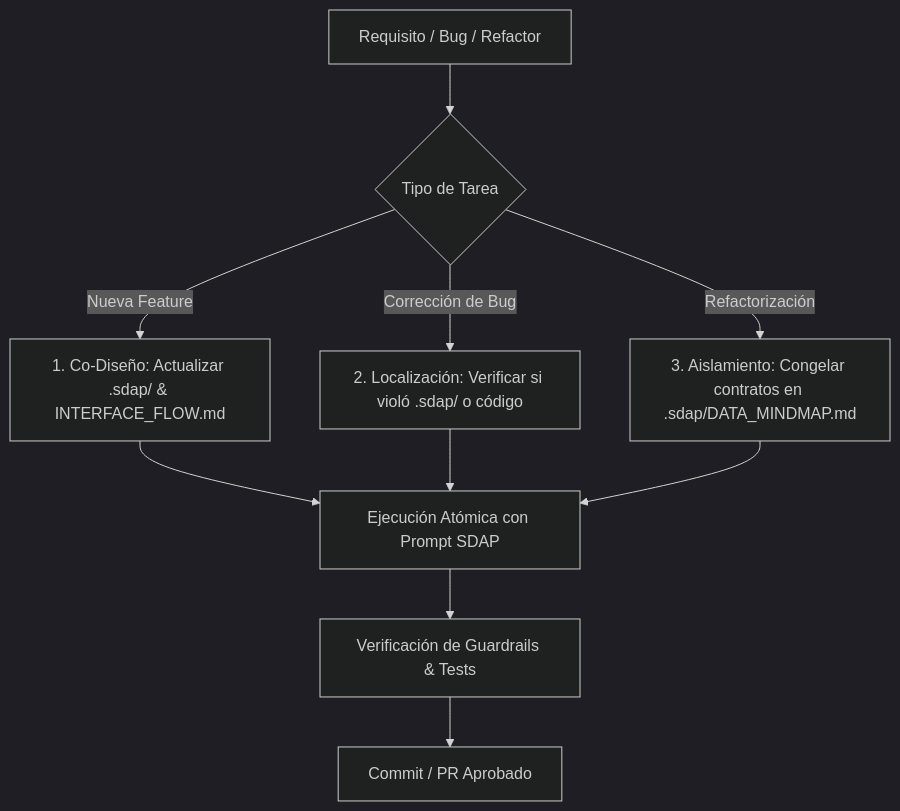
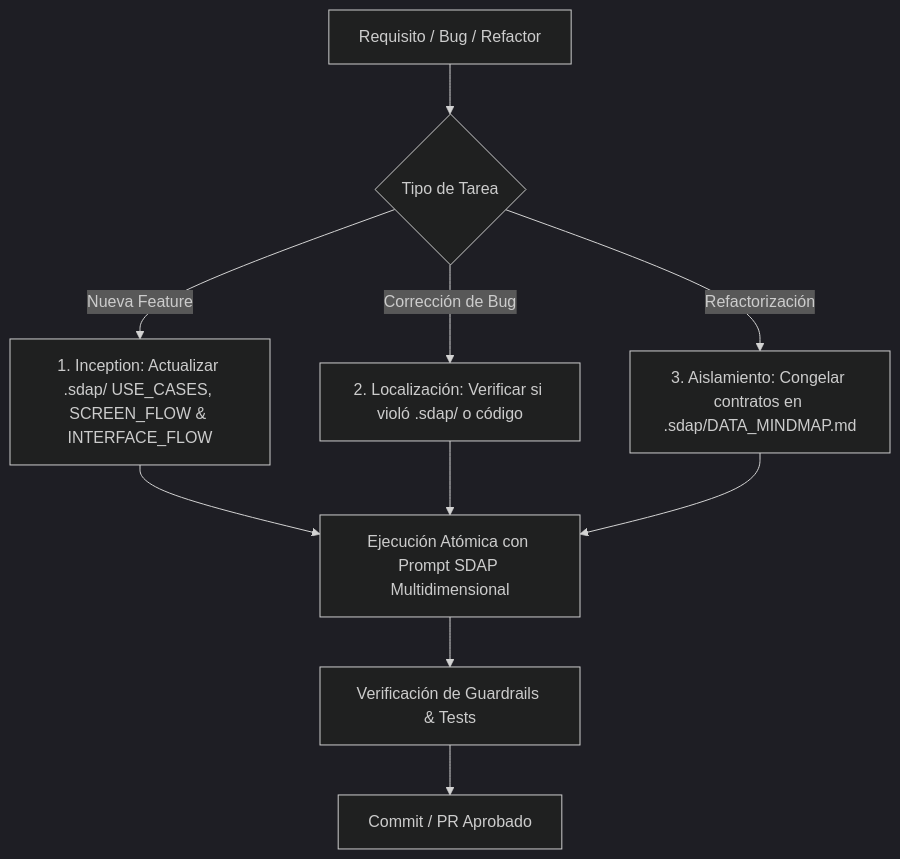
Before and after one commit to codeinapt/sdap-template: the diagram in specification/04-Chapter-IV.md, drawn with Mermaid (dark theme). The commit also changed other lines of this file, not shown here.

````diff
--- a/specification/04-Chapter-IV.md
+++ b/specification/04-Chapter-IV.md
@@ -91,16 +78,15 @@
 ```mermaid
 graph TD
     A[Requisito / Bug / Refactor] --> B{Tipo de Tarea}
     
-    B -->|Nueva Feature| C[1. Co-Diseño: Actualizar .sdap/ & INTERFACE_FLOW.md]
+    B -->|Nueva Feature| C[1. Inception: Actualizar .sdap/ USE_CASES, SCREEN_FLOW & INTERFACE_FLOW]
     B -->|Corrección de Bug| D[2. Localización: Verificar si violó .sdap/ o código]
     B -->|Refactorización| E[3. Aislamiento: Congelar contratos en .sdap/DATA_MINDMAP.md]
     
-    C --> F[Ejecución Atómica con Prompt SDAP]
+    C --> F[Ejecución Atómica con Prompt SDAP Multidimensional]
     D --> F
     E --> F
     
     F --> G[Verificación de Guardrails & Tests]
     G --> H[Commit / PR Aprobado]
-
 ```
````
